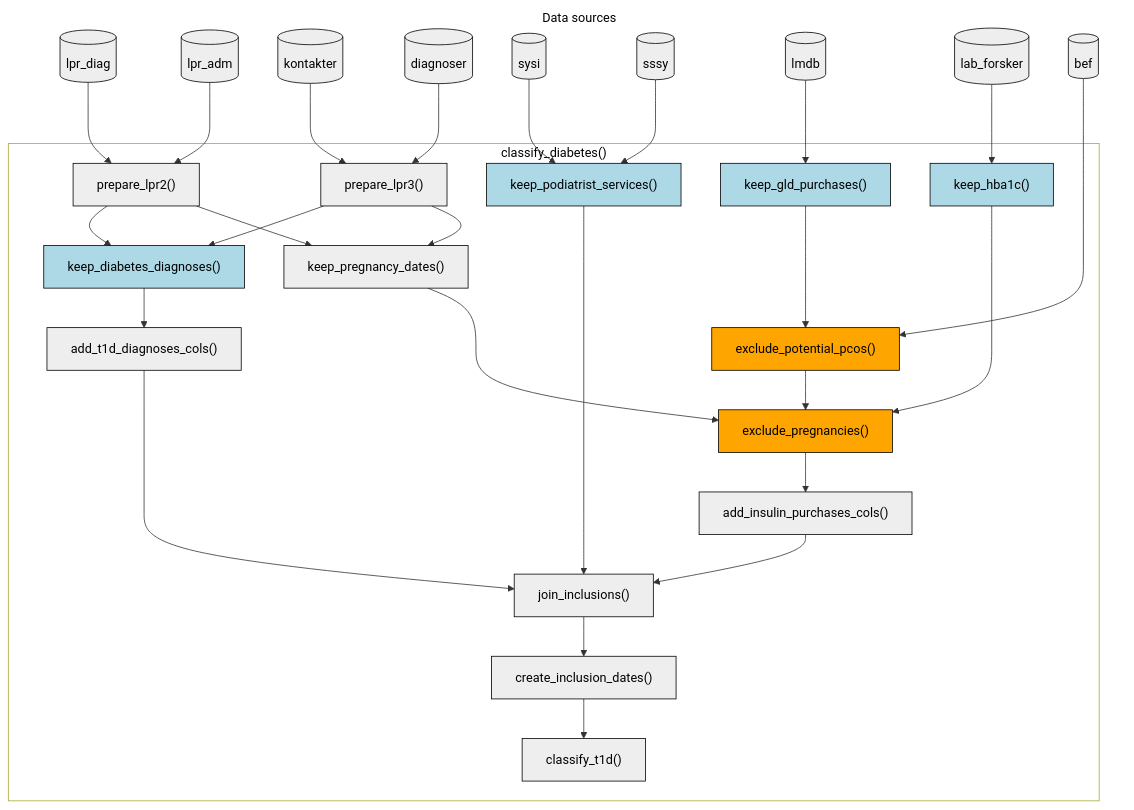
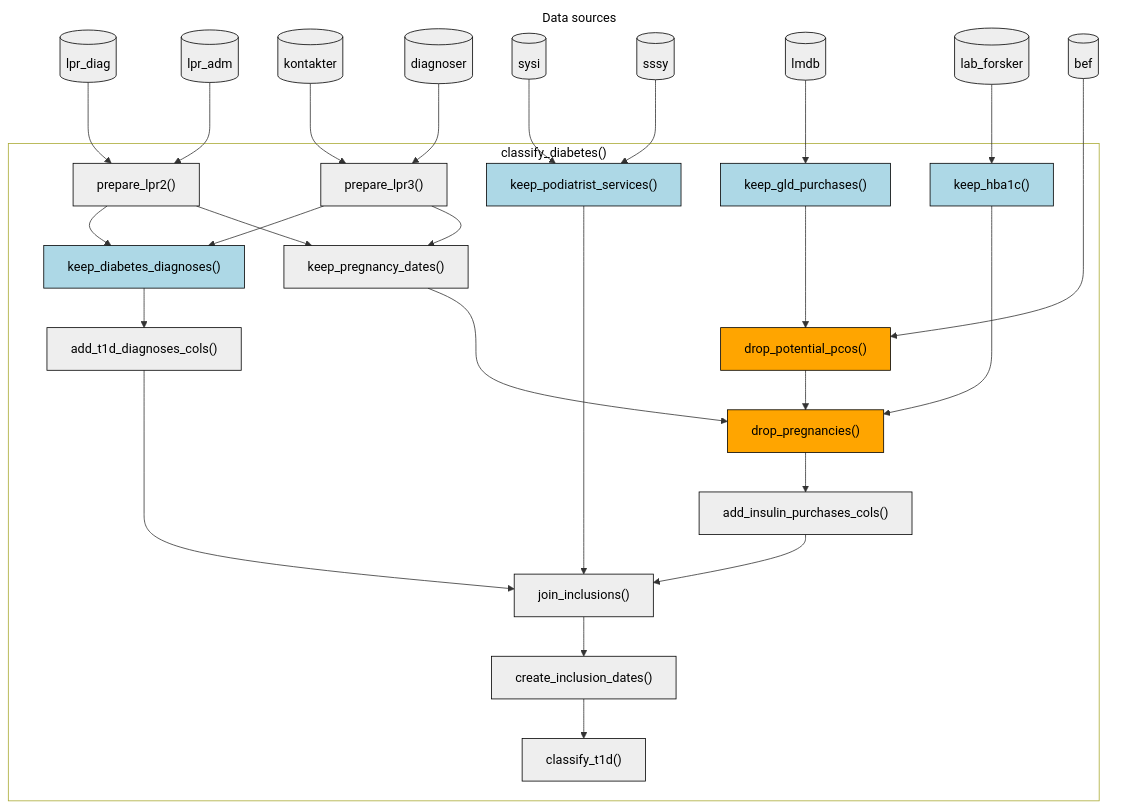
One commit to steno-aarhus/osdc changed the diagram in vignettes/function-flow.qmd. Above: the diagram before and after it, drawn with Mermaid. The commit also changed other lines of this file and 11 other files, not shown here.

Commit message:
refactor: :truck: rename functions from `exclude_` to `drop_`; align docs

````diff
--- a/vignettes/function-flow.qmd
+++ b/vignettes/function-flow.qmd
@@ -23,68 +23,68 @@
 ```{mermaid}
 %%| eval: true
-%%| fig-cap: "Flow of functions in, as well as their required input registers, in the `classify_diabetes()` function used for classifying diabetes status using the osdc package. Light blue and orange boxes represent filtering functions (inclusion and exclusion events, respectively)."
+%%| fig-cap: "Flow of functions in, as well as their required input registers, in the `classify_diabetes()` function used for classifying diabetes status using the osdc package. Light blue and orange boxes represent filtering functions (`keep_*` and `drop_*`, respectively)."
 
 flowchart TD
   subgraph data_sources["Data sources"]
     lpr_diag[("lpr_diag")]
     lpr_adm[("lpr_adm")]
     kontakter[("kontakter")]
     diagnoser[("diagnoser")]
     sysi[("sysi")]
     sssy[("sssy")]
     lmdb[("lmdb")]
     lab_forsker[("lab_forsker")]
     bef[("bef")]
   end
 
   subgraph classify_diabetes["classify_diabetes()"]
 
     lpr_diag --> prepare_lpr2["prepare_lpr2()"]
     lpr_adm --> prepare_lpr2
 
     kontakter --> prepare_lpr3["prepare_lpr3()"]
     diagnoser --> prepare_lpr3
 
     prepare_lpr2 --> keep_pregnancy_dates["keep_pregnancy_dates()"]
     prepare_lpr3 --> keep_pregnancy_dates
 
-    %% Inclusion steps
+    %% Keep
     sysi --> keep_podiatrist_services["keep_podiatrist_services()"]:::include
     sssy --> keep_podiatrist_services
 
     prepare_lpr2 --> keep_diabetes_diagnoses["keep_diabetes_diagnoses()"]:::include
     prepare_lpr3 --> keep_diabetes_diagnoses
     keep_diabetes_diagnoses --> add_t1d_diagnoses_cols["add_t1d_diagnoses_cols()"]
 
     lmdb --> keep_gld_purchases["keep_gld_purchases()"]:::include
 
     lab_forsker --> keep_hba1c["keep_hba1c()"]:::include
 
-    %% Exclusion steps
-    keep_gld_purchases --> exclude_potential_pcos["exclude_potential_pcos()"]:::exclude
-    bef --> exclude_potential_pcos
+    %% Drop
+    keep_gld_purchases --> drop_potential_pcos["drop_potential_pcos()"]:::drop
+    bef --> drop_potential_pcos
 
-    exclude_potential_pcos --> exclude_pregnancies["exclude_pregnancies()"]:::exclude
-    keep_pregnancy_dates --> exclude_pregnancies
-    keep_hba1c --> exclude_pregnancies
-    exclude_pregnancies --> add_insulin_purchases_cols["add_insulin_purchases_cols()"]
+    drop_potential_pcos --> drop_pregnancies["drop_pregnancies()"]:::drop
+    keep_pregnancy_dates --> drop_pregnancies
+    keep_hba1c --> drop_pregnancies
+    drop_pregnancies --> add_insulin_purchases_cols["add_insulin_purchases_cols()"]
 
-    %% Joining
+    %% Join and classify
     add_t1d_diagnoses_cols --> join_inclusions["join_inclusions()"]
     keep_podiatrist_services --> join_inclusions
     add_insulin_purchases_cols --> join_inclusions
 
     join_inclusions --> create_inclusion_dates["create_inclusion_dates()"]
     create_inclusion_dates --> classify_t1d["classify_t1d()"]
 
-    keep_pregnancy_dates ~~~ exclude_potential_pcos
+    keep_pregnancy_dates ~~~ drop_potential_pcos
 
   end
 
   %% Styling
   classDef default fill:#EEEEEE, color:#000000, stroke:#000000
   classDef include fill:lightblue
-  classDef exclude fill:orange
+  classDef drop fill:orange
   style classify_diabetes fill:#FFFFFF, color:#000000
   style data_sources fill:#FFFFFF, color:#000000, stroke-width:0px
 ```
````
